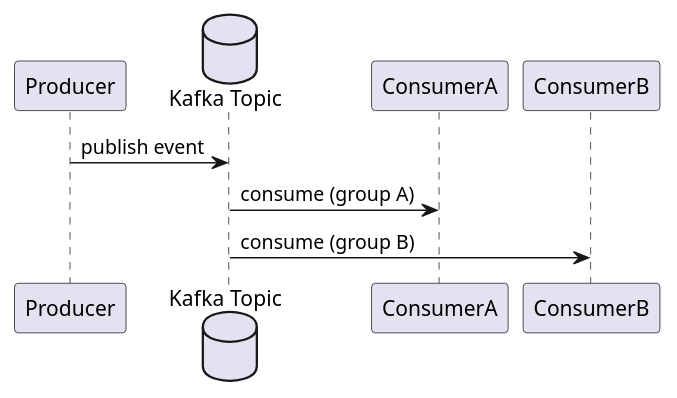
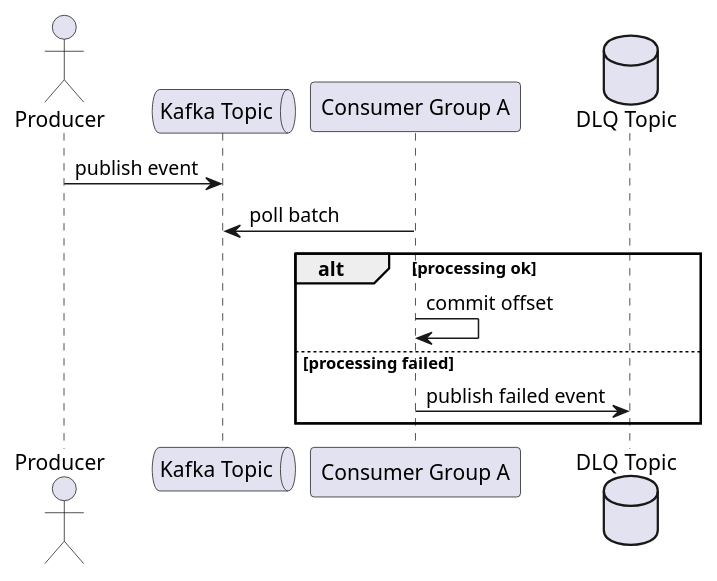
The diagram in docs/integrations/integration-methods/message-brokers/kafka.md (iwizy/analyst_kb), drawn with PlantUML before and after one commit. The commit also changed other lines of this file and 33 other files, not shown here.

````diff
--- a/docs/integrations/integration-methods/message-brokers/kafka.md
+++ b/docs/integrations/integration-methods/message-brokers/kafka.md
@@ -16,12 +38,16 @@
 ```kroki-plantuml
 @startuml
-participant Producer
-database Kafka as "Kafka Topic"
-participant ConsumerA
-participant ConsumerB
+actor Producer
+queue "Kafka Topic" as T
+participant "Consumer Group A" as C
+database "DLQ Topic" as D
 
-Producer -> Kafka: publish event
-Kafka -> ConsumerA: consume (group A)
-Kafka -> ConsumerB: consume (group B)
+Producer -> T: publish event
+C -> T: poll batch
+alt processing ok
+  C -> C: commit offset
+else processing failed
+  C -> D: publish failed event
+end
 @enduml
 ```
````
